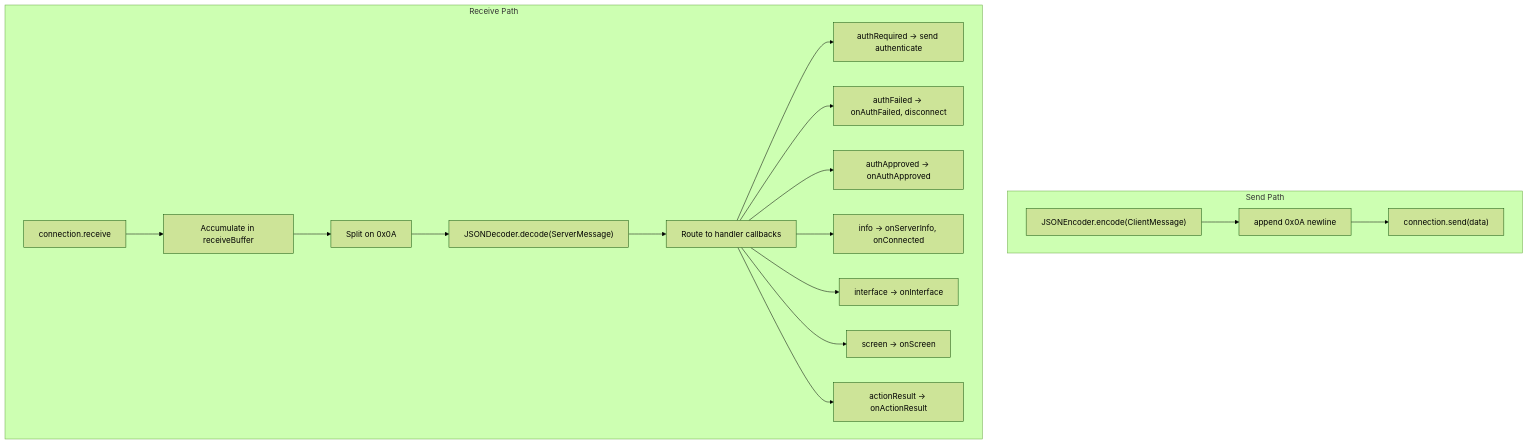
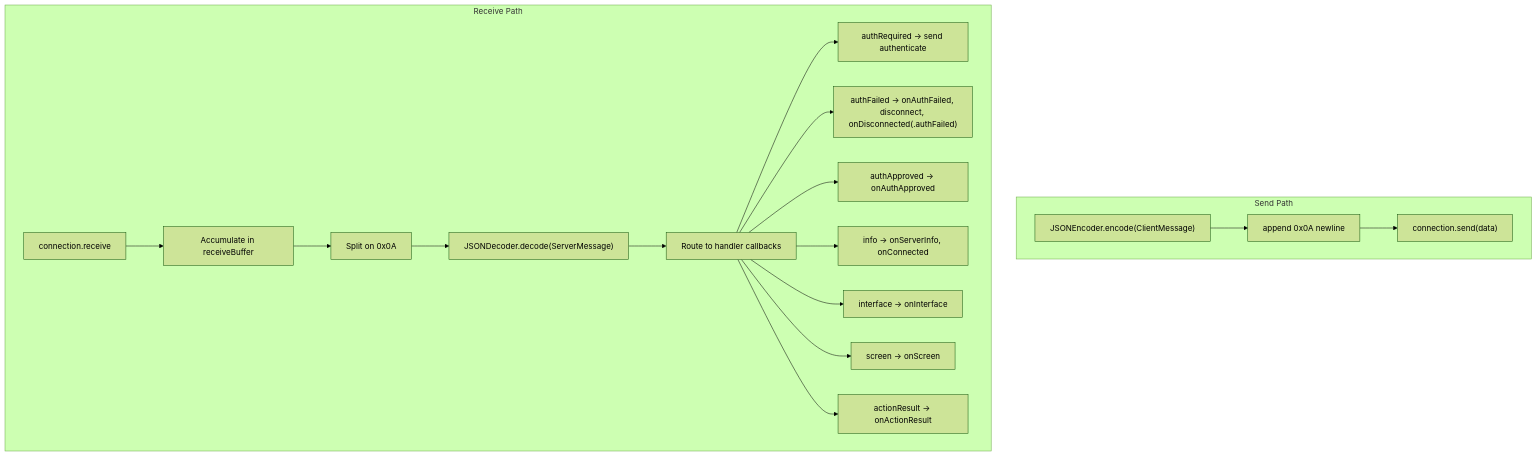
Before and after one commit to RoyalPineapple/TheButtonHeist: the fifth of 5 diagrams in docs/dossiers/08-WHEELMAN.md, drawn with Mermaid (forest theme). The commit also changed other lines of this file and 1 other file, not shown here.

First line of the commit message:
Update docs for DisconnectReason enum and FenceError.actionFailed

````diff
--- a/docs/dossiers/08-WHEELMAN.md
+++ b/docs/dossiers/08-WHEELMAN.md
@@ -122,26 +123,26 @@
 ```mermaid
 flowchart TD
     subgraph Send["Send Path"]
         Encode["JSONEncoder.encode(ClientMessage)"]
         Append["append 0x0A newline"]
         NWSend["connection.send(data)"]
         Encode --> Append --> NWSend
     end
 
     subgraph Receive["Receive Path"]
         NWRecv["connection.receive"]
         Buffer["Accumulate in receiveBuffer"]
         Split["Split on 0x0A"]
         Decode["JSONDecoder.decode(ServerMessage)"]
         Dispatch["Route to handler callbacks"]
         NWRecv --> Buffer --> Split --> Decode --> Dispatch
 
         Dispatch --> AuthReq["authRequired → send authenticate"]
-        Dispatch --> AuthFail["authFailed → onAuthFailed, disconnect"]
+        Dispatch --> AuthFail["authFailed → onAuthFailed, disconnect, onDisconnected(.authFailed)"]
         Dispatch --> AuthOk["authApproved → onAuthApproved"]
         Dispatch --> Info["info → onServerInfo, onConnected"]
         Dispatch --> Interface["interface → onInterface"]
         Dispatch --> Screen["screen → onScreen"]
         Dispatch --> ActionRes["actionResult → onActionResult"]
     end
 ```
````
